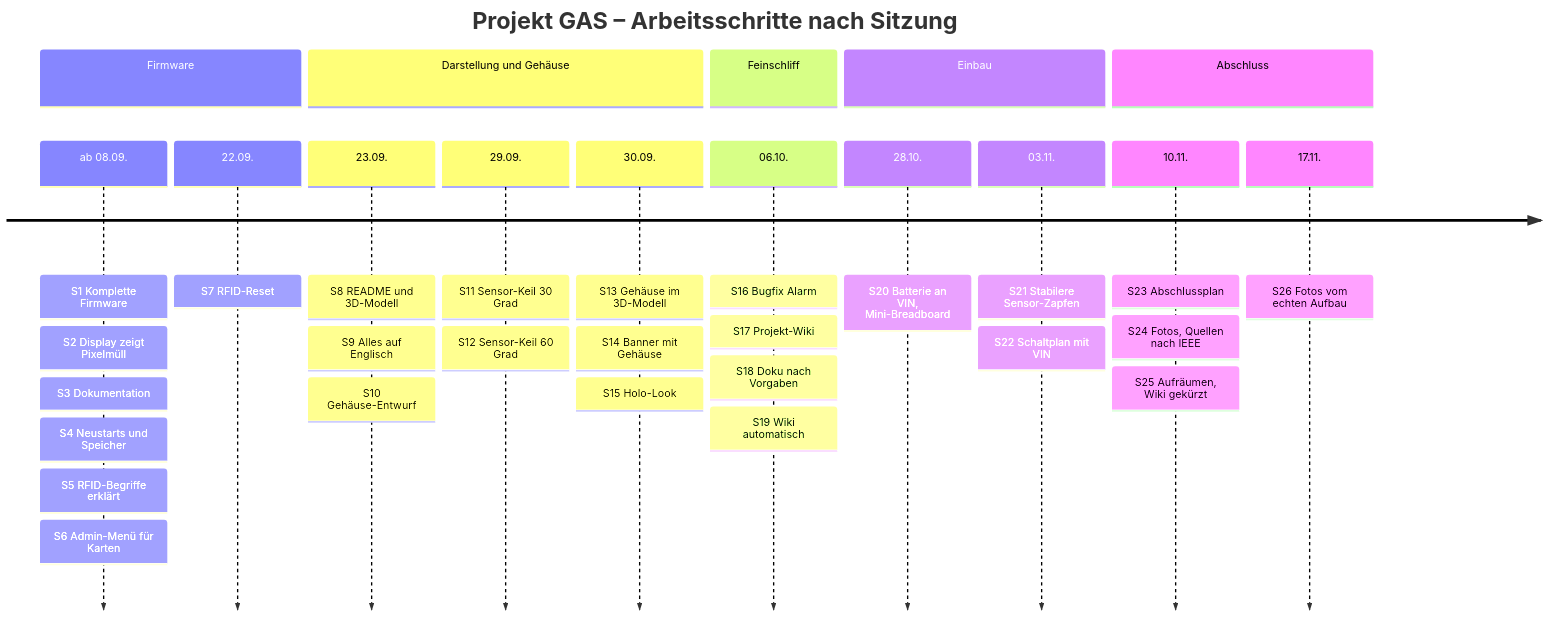
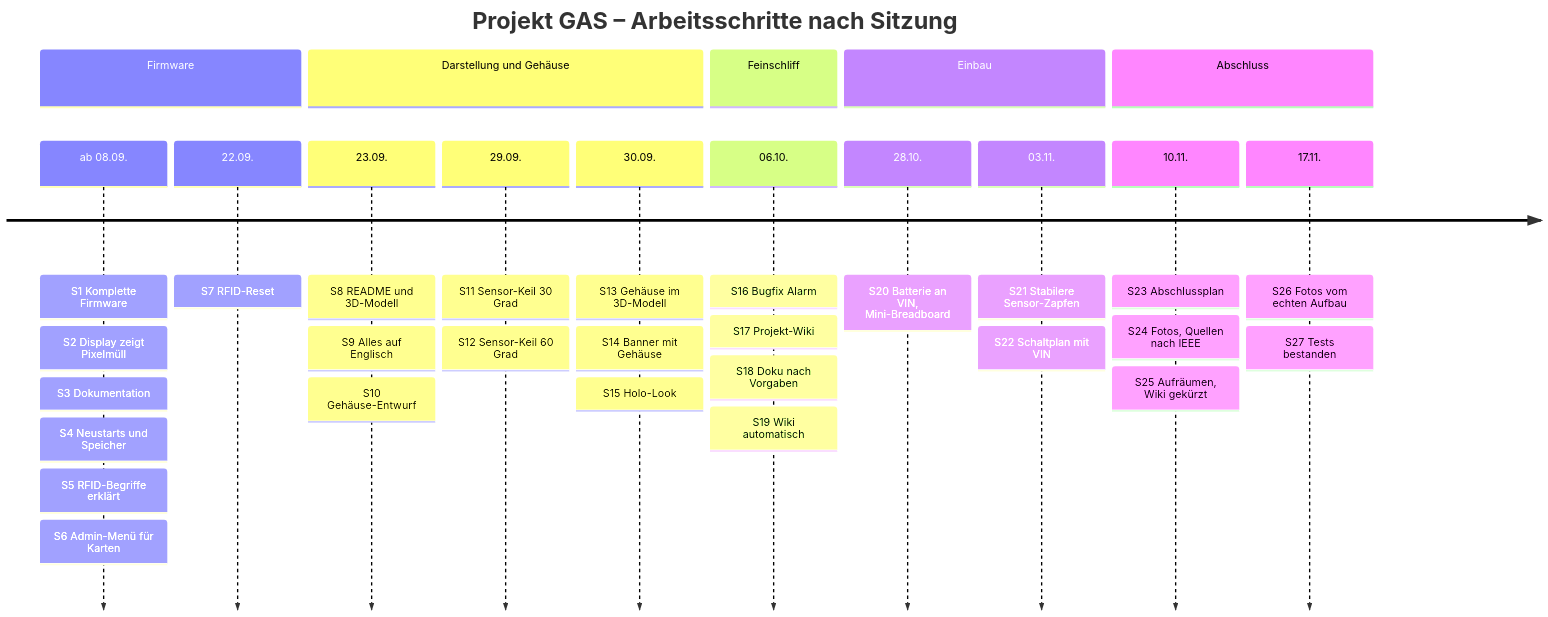
Before and after one commit to BBZ-AIFS51/LF7-Projekt_GAS: the first of 3 diagrams in wiki/Entwicklungsverlauf.md, drawn with Mermaid. The commit also changed other lines of this file and 13 other files, not shown here.

````diff
--- a/wiki/Entwicklungsverlauf.md
+++ b/wiki/Entwicklungsverlauf.md
@@ -23,35 +23,36 @@
 ```mermaid
 timeline
     title Projekt GAS – Arbeitsschritte nach Sitzung
     section Firmware
         ab 08.09. : S1 Komplette Firmware
                   : S2 Display zeigt Pixelmüll
                   : S3 Dokumentation
                   : S4 Neustarts und Speicher
                   : S5 RFID-Begriffe erklärt
                   : S6 Admin-Menü für Karten
         22.09. : S7 RFID-Reset
     section Darstellung und Gehäuse
         23.09. : S8 README und 3D-Modell
                : S9 Alles auf Englisch
                : S10 Gehäuse-Entwurf
         29.09. : S11 Sensor-Keil 30 Grad
                : S12 Sensor-Keil 60 Grad
         30.09. : S13 Gehäuse im 3D-Modell
                : S14 Banner mit Gehäuse
                : S15 Holo-Look
     section Feinschliff
         06.10. : S16 Bugfix Alarm
                : S17 Projekt-Wiki
                : S18 Doku nach Vorgaben
                : S19 Wiki automatisch
     section Einbau
         28.10. : S20 Batterie an VIN, Mini-Breadboard
         03.11. : S21 Stabilere Sensor-Zapfen
                : S22 Schaltplan mit VIN
     section Abschluss
         10.11. : S23 Abschlussplan
                : S24 Fotos, Quellen nach IEEE
                : S25 Aufräumen, Wiki gekürzt
         17.11. : S26 Fotos vom echten Aufbau
+               : S27 Tests bestanden
 ```
````
